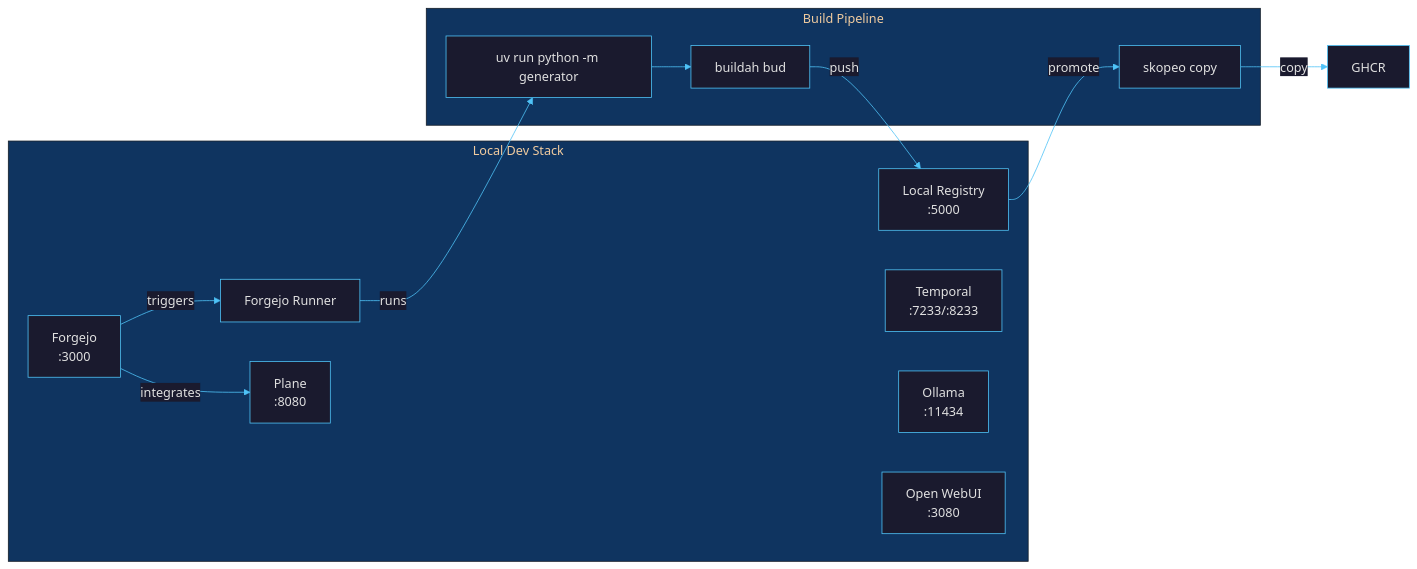
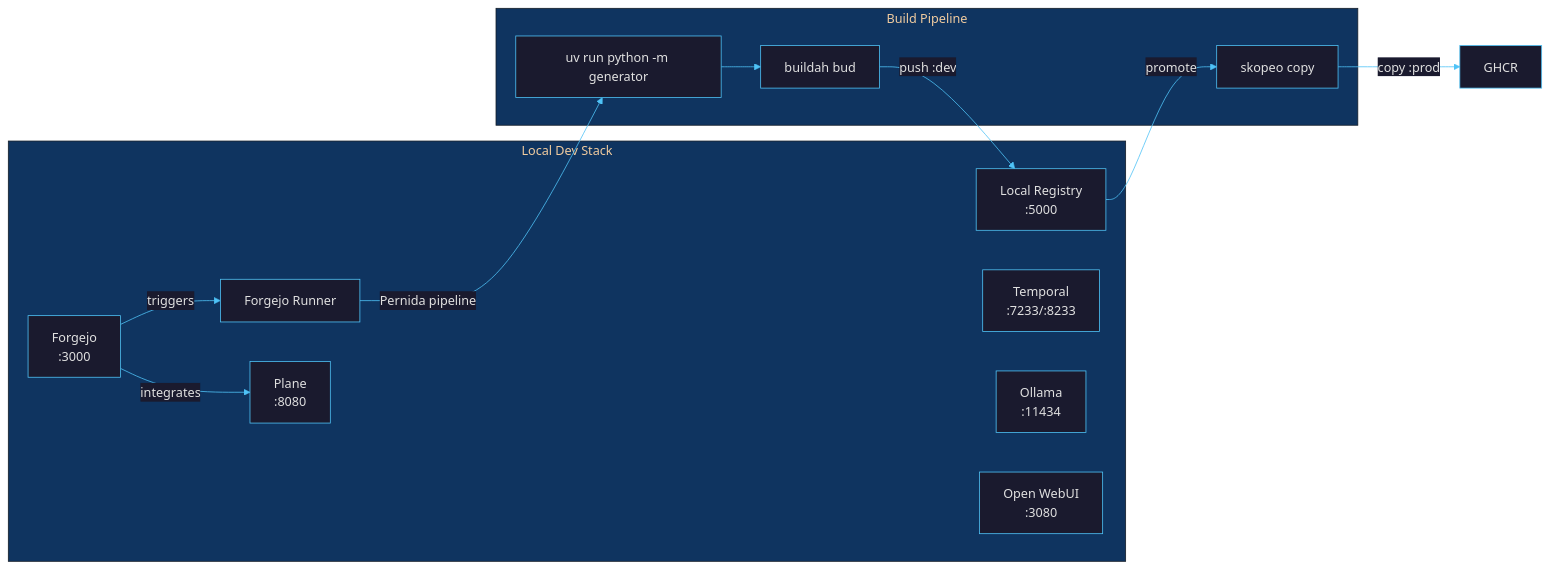
The diagram in docs/local-build-pipeline.md (borninthedark/exousia), drawn with Mermaid before and after one commit. The commit also changed 7 other files, not shown here.

````diff
--- a/docs/local-build-pipeline.md
+++ b/docs/local-build-pipeline.md
@@ -9,27 +9,27 @@
 ```mermaid
 %%{init: {'theme': 'base', 'themeVariables': {'primaryColor': '#1a1a2e', 'primaryTextColor': '#e0e0e0', 'primaryBorderColor': '#4fc3f7', 'lineColor': '#4fc3f7', 'secondaryColor': '#16213e', 'tertiaryColor': '#0f3460', 'edgeLabelBackground': '#1a1a2e'}}}%%
 graph LR
     subgraph LOCAL["Local Dev Stack"]
         FG["Forgejo<br/>:3000"]
         RN["Forgejo Runner"]
         REG["Local Registry<br/>:5000"]
         PL["Plane<br/>:8080"]
         TMP["Temporal<br/>:7233/:8233"]
         OLL["Ollama<br/>:11434"]
         OWU["Open WebUI<br/>:3080"]
     end
 
     subgraph BUILD["Build Pipeline"]
         GEN["uv run python -m generator"]
         BA["buildah bud"]
         SK["skopeo copy"]
     end
 
     FG -->|triggers| RN
     FG -->|integrates| PL
-    RN -->|runs| GEN
+    RN -->|"Pernida pipeline"| GEN
     GEN --> BA
-    BA -->|push| REG
+    BA -->|"push :dev"| REG
     REG -->|promote| SK
-    SK -->|copy| GH["GHCR"]
+    SK -->|"copy :prod"| GH["GHCR"]
 ```
````
